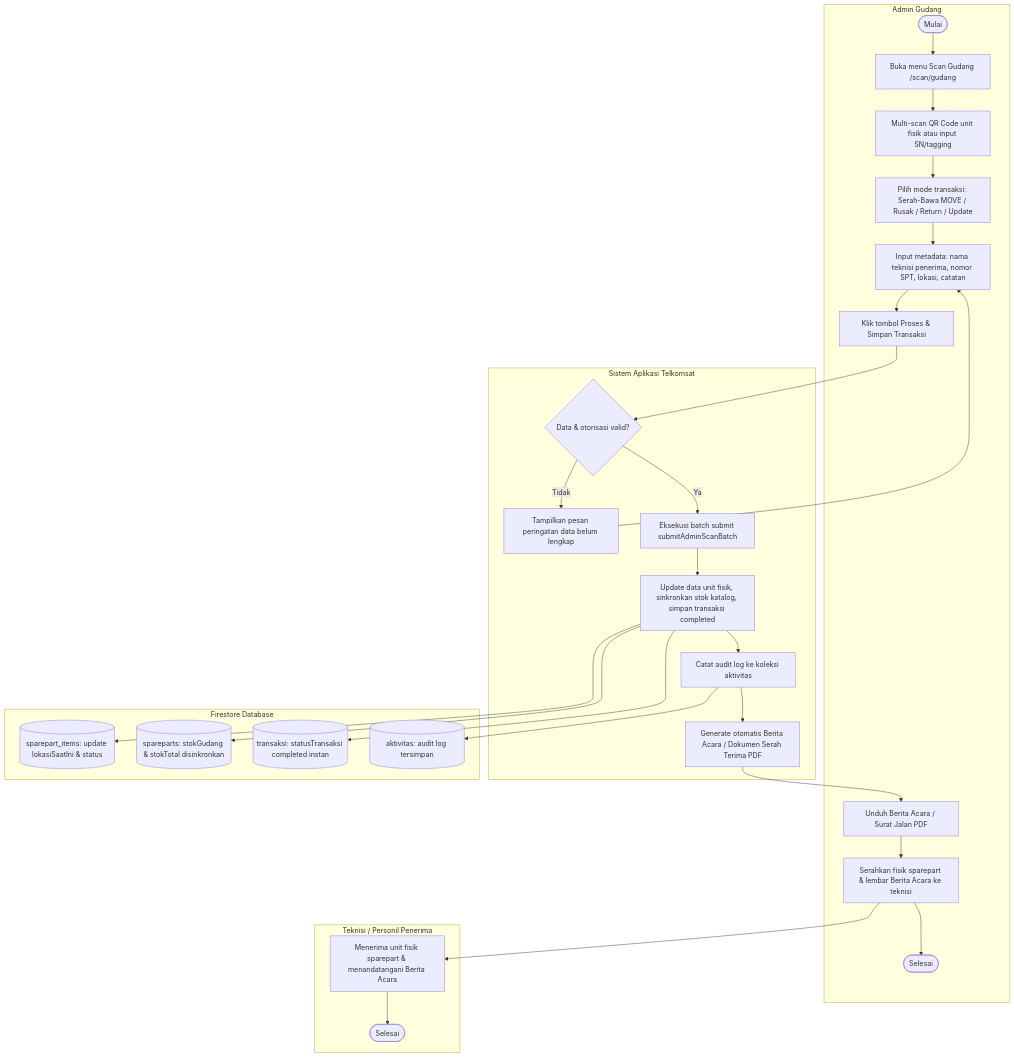
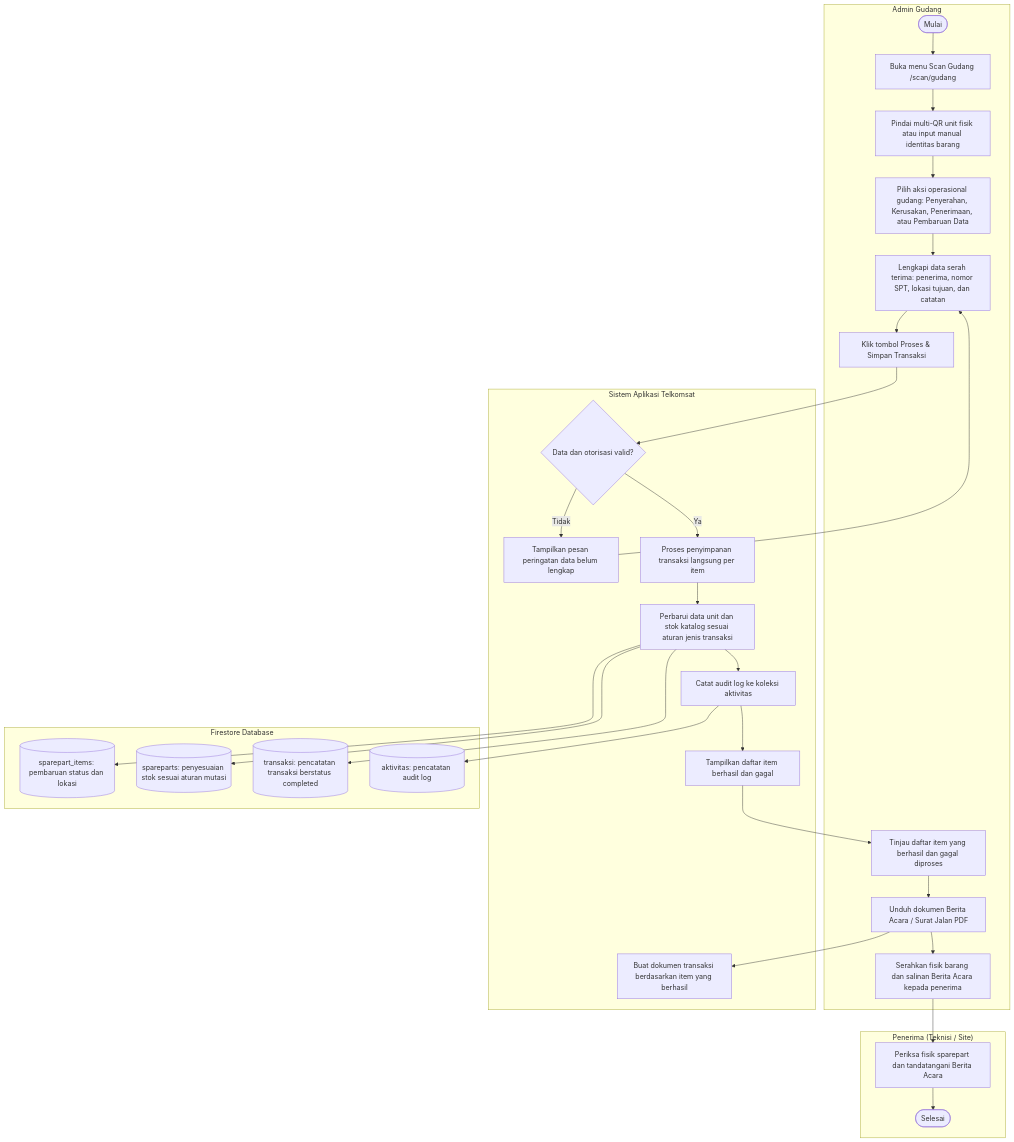
Before and after one commit to Fadliyuu/Telkomsatt: diagram 13 of 16 in README.md, drawn with Mermaid. The commit also changed other lines of this file, not shown here.

Commit message:
docs: refine activity diagrams in Section 13 according to academic feedback

````diff
--- a/README.md
+++ b/README.md
@@ -848,37 +859,39 @@
 ```mermaid
 flowchart TD
     subgraph ADM["Admin Gudang"]
         A_START([Mulai]) --> A_OPEN[Buka menu Scan Gudang /scan/gudang]
-        A_OPEN --> A_SCAN[Multi-scan QR Code unit fisik atau input SN/tagging]
-        A_SCAN --> A_MODE[Pilih mode transaksi: Serah-Bawa MOVE / Rusak / Return / Update]
-        A_MODE --> A_INPUT[Input metadata: nama teknisi penerima, nomor SPT, lokasi, catatan]
+        A_OPEN --> A_SCAN[Pindai multi-QR unit fisik atau input manual identitas barang]
+        A_SCAN --> A_MODE[Pilih aksi operasional gudang: Penyerahan, Kerusakan, Penerimaan, atau Pembaruan Data]
+        A_MODE --> A_INPUT[Lengkapi data serah terima: penerima, nomor SPT, lokasi tujuan, dan catatan]
         A_INPUT --> A_SUBMIT[Klik tombol Proses & Simpan Transaksi]
         
-        A_PDF[Unduh Berita Acara / Surat Jalan PDF] --> A_HANDOVER[Serahkan fisik sparepart & lembar Berita Acara ke teknisi]
-        A_HANDOVER --> A_END([Selesai])
+        A_RESULT[Tinjau daftar item yang berhasil dan gagal diproses] --> A_PDF[Unduh dokumen Berita Acara / Surat Jalan PDF]
+        A_PDF --> A_HANDOVER[Serahkan fisik barang dan salinan Berita Acara kepada penerima]
     end
 
     subgraph SYS["Sistem Aplikasi Telkomsat"]
-        A_SUBMIT --> S_VAL{Data & otorisasi valid?}
+        A_SUBMIT --> S_VAL{Data dan otorisasi valid?}
         S_VAL -->|Tidak| S_ERR[Tampilkan pesan peringatan data belum lengkap]
         S_ERR --> A_INPUT
-        S_VAL -->|Ya| S_BATCH[Eksekusi batch submit submitAdminScanBatch]
+        S_VAL -->|Ya| S_BATCH[Proses penyimpanan transaksi langsung per item]
         
-        S_BATCH --> S_DB_WRITE[Update data unit fisik, sinkronkan stok katalog, simpan transaksi completed]
+        S_BATCH --> S_DB_WRITE[Perbarui data unit dan stok katalog sesuai aturan jenis transaksi]
         S_DB_WRITE --> S_AUDIT[Catat audit log ke koleksi aktivitas]
-        S_AUDIT --> S_GEN_PDF[Generate otomatis Berita Acara / Dokumen Serah Terima PDF]
-        S_GEN_PDF --> A_PDF
+        S_AUDIT --> S_REPORT[Tampilkan daftar item berhasil dan gagal]
+        S_REPORT --> A_RESULT
+        
+        A_PDF --> S_GEN_DOC[Buat dokumen transaksi berdasarkan item yang berhasil]
     end
 
     subgraph DB["Firestore Database"]
-        S_DB_WRITE --> D_ITEMS[(sparepart_items: update lokasiSaatIni & status)]
-        S_DB_WRITE --> D_SP[(spareparts: stokGudang & stokTotal disinkronkan)]
-        S_DB_WRITE --> D_TX[(transaksi: statusTransaksi completed instan)]
-        S_AUDIT --> D_LOG[(aktivitas: audit log tersimpan)]
+        S_DB_WRITE --> D_ITEMS[(sparepart_items: pembaruan status dan lokasi)]
+        S_DB_WRITE --> D_SP[(spareparts: penyesuaian stok sesuai aturan mutasi)]
+        S_DB_WRITE --> D_TX[(transaksi: pencatatan transaksi berstatus completed)]
+        S_AUDIT --> D_LOG[(aktivitas: pencatatan audit log)]
     end
 
-    subgraph REC["Teknisi / Personil Penerima"]
-        A_HANDOVER --> R_RECV[Menerima unit fisik sparepart & menandatangani Berita Acara]
-        R_RECV --> R_END([Selesai])
+    subgraph REC["Penerima (Teknisi / Site)"]
+        A_HANDOVER --> R_RECV[Periksa fisik sparepart dan tandatangani Berita Acara]
+        R_RECV --> END_PROC([Selesai])
     end
 ```
````
